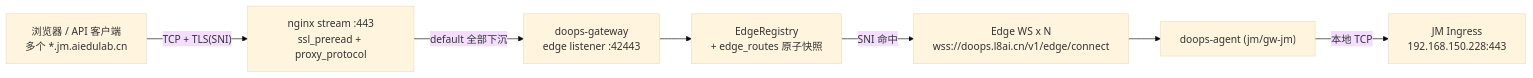
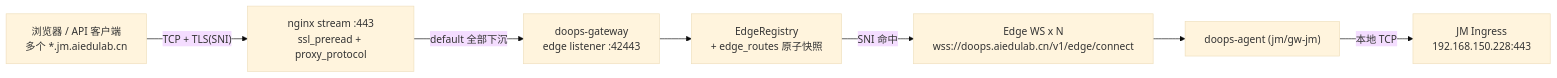
One commit to symansun/doops changed the first of 2 diagrams in backend/docs/design/DOOPS_EDGE_TUNNEL.md. Above: the diagram before and after it, drawn with Mermaid (base theme). The commit also changed other lines of this file and 26 other files, not shown here.

First line of the commit message:
chore(deploy): move the public Gateway to doops.aiedulab.cn

````diff
--- a/backend/docs/design/DOOPS_EDGE_TUNNEL.md
+++ b/backend/docs/design/DOOPS_EDGE_TUNNEL.md
@@ -64,17 +64,17 @@
 ```mermaid
 flowchart LR
     B["浏览器 / API 客户端\n多个 *.jm.aiedulab.cn"]
     NG["nginx stream :443\nssl_preread + proxy_protocol"]
     GWE["doops-gateway\nedge listener :42443"]
     ER["EdgeRegistry\n+ edge_routes 原子快照"]
-    WS["Edge WS x N\nwss://doops.l8ai.cn/v1/edge/connect"]
+    WS["Edge WS x N\nwss://doops.aiedulab.cn/v1/edge/connect"]
     AG["doops-agent (jm/gw-jm)"]
     ING["JM Ingress\n192.168.150.228:443"]
 
     B -->|"TCP + TLS(SNI)"| NG
     NG -->|"default 全部下沉"| GWE
     GWE --> ER
     ER -->|"SNI 命中"| WS
     WS --> AG
     AG -->|"本地 TCP"| ING
 ```
````
